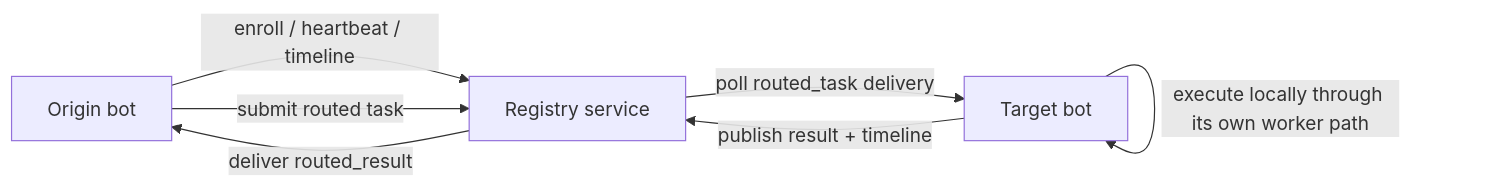
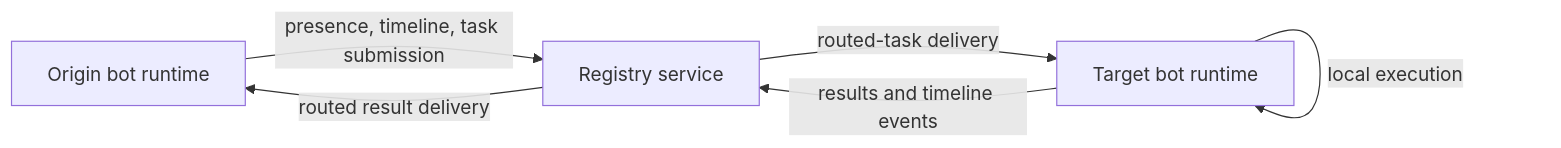
Before and after one commit to privacynow/octopus: the fifth of 8 diagrams in docs/ARCHITECTURE.md, drawn with Mermaid. The commit also changed other lines of this file, not shown here.

Commit message:
Simplify architecture language and diagrams

````diff
--- a/docs/ARCHITECTURE.md
+++ b/docs/ARCHITECTURE.md
@@ -506,13 +528,12 @@
 ```mermaid
 flowchart LR
-    ORIG["Origin bot"]
+    ORIG["Origin bot runtime"]
     REG["Registry service"]
-    TGT["Target bot"]
+    TGT["Target bot runtime"]
 
-    ORIG -->|"enroll / heartbeat / timeline"| REG
-    ORIG -->|"submit routed task"| REG
-    REG -->|"poll routed_task delivery"| TGT
-    TGT -->|"execute locally through its own worker path"| TGT
-    TGT -->|"publish result + timeline"| REG
-    REG -->|"deliver routed_result"| ORIG
+    ORIG -->|"presence, timeline, task submission"| REG
+    REG -->|"routed-task delivery"| TGT
+    TGT -->|"local execution"| TGT
+    TGT -->|"results and timeline events"| REG
+    REG -->|"routed result delivery"| ORIG
 ```
````
